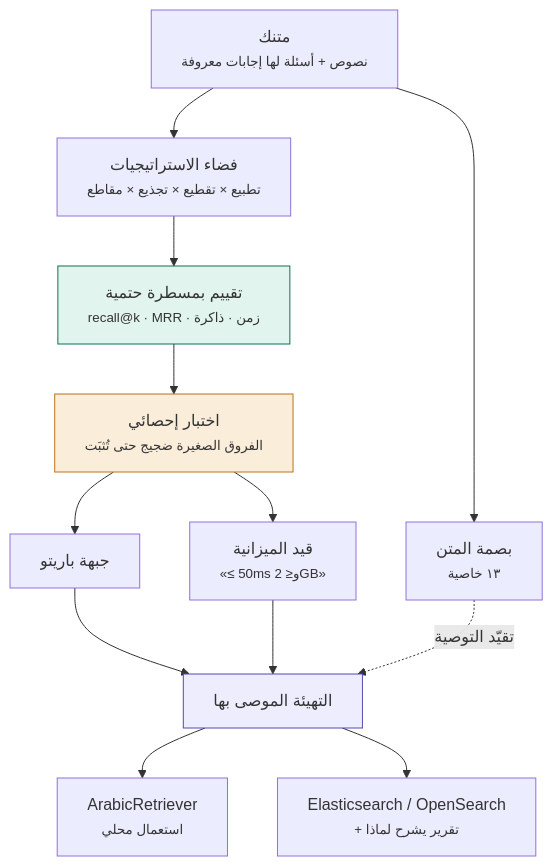
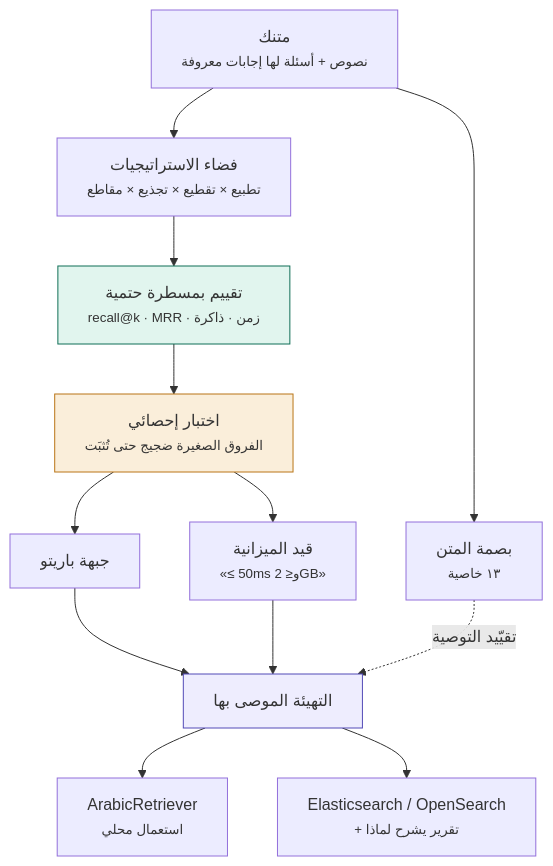
The diagram in README.md (gomoodh-droid/arabic-retrieval), drawn with Mermaid before and after one commit. The commit also changed other lines of this file, not shown here.

````diff
--- a/README.md
+++ b/README.md
@@ -56,19 +54,19 @@
 ```mermaid
 flowchart TD
     A["متنك<br/><small>نصوص + أسئلة لها إجابات معروفة</small>"]
     A --> F["بصمة المتن<br/><small>١٣ خاصية</small>"]
     A --> S["فضاء الاستراتيجيات<br/><small>تطبيع × تقطيع × تجذيع × مقاطع</small>"]
     S --> M["تقييم بمسطرة حتمية<br/><small>recall@k · MRR · زمن · ذاكرة</small>"]
     M --> T["اختبار إحصائي<br/><small>الفروق الصغيرة ضجيج حتى تُثبَت</small>"]
     T --> P["جبهة باريتو"]
     T --> B["قيد الميزانية<br/><small>«≤ 50ms و≤ 2GB»</small>"]
     P --> W["التهيئة الموصى بها"]
     B --> W
-    F -.->|"تقيّد التوصية"| W
+    F -.->|"تقيّيد التوصية"| W
     W --> L["ArabicRetriever<br/><small>استعمال محلي</small>"]
     W --> E["Elasticsearch / OpenSearch<br/><small>+ تقرير يشرح لماذا</small>"]
 
     style M fill:#E1F5EE,stroke:#0F6E56
     style T fill:#FAEEDA,stroke:#BA7517
     style W fill:#EEEDFE,stroke:#534AB7
 ```
````
